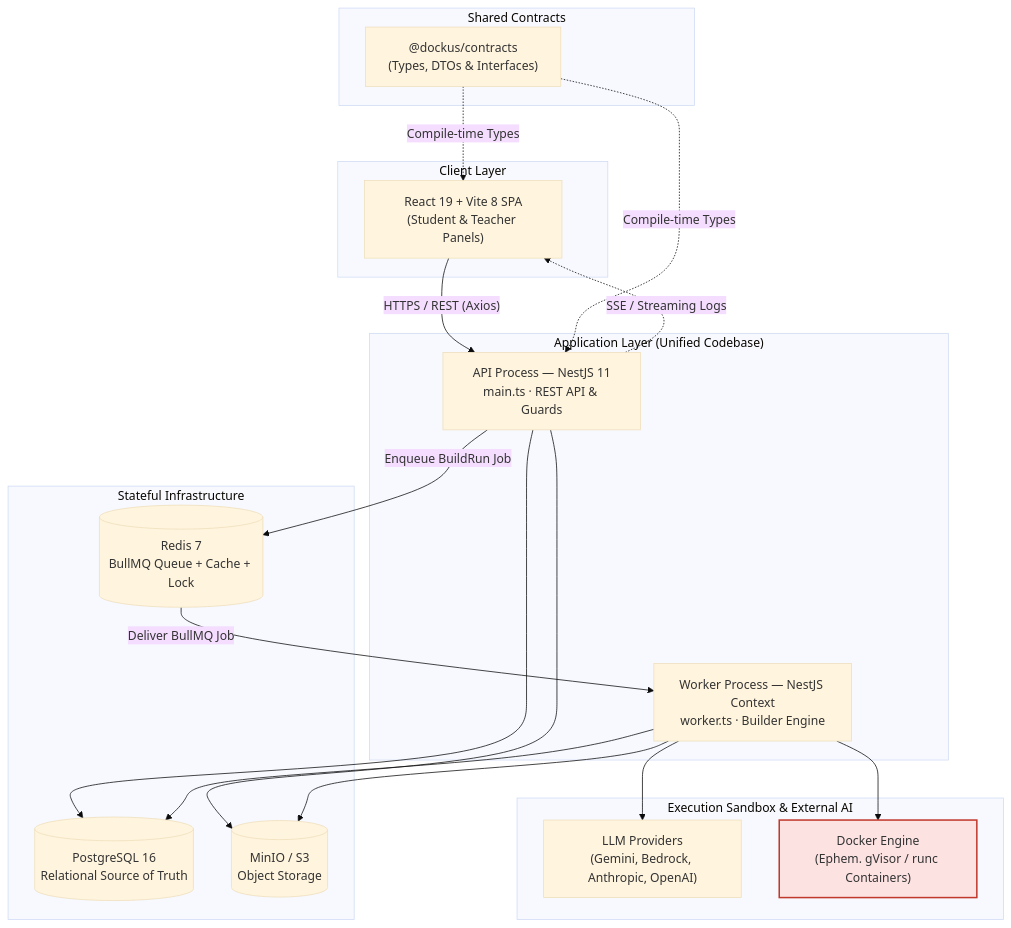
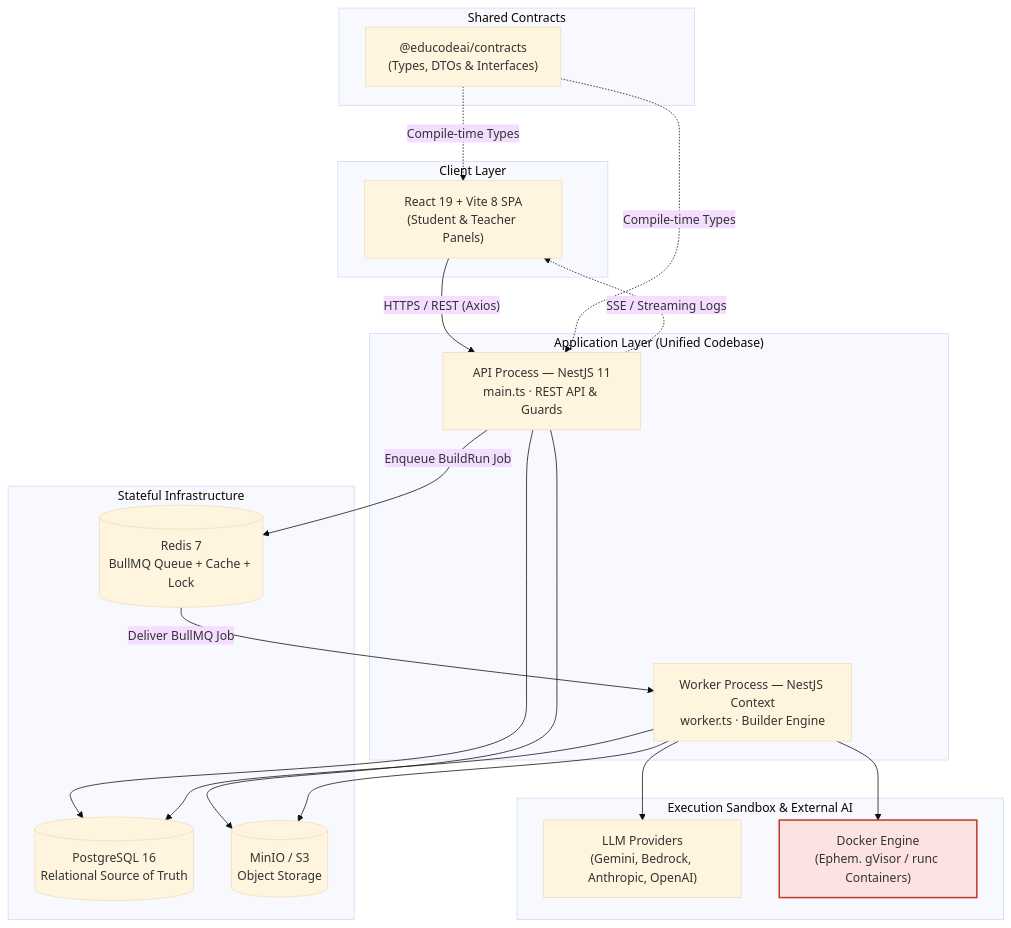
Before and after one commit to agu-aariza/DockUS: the first of 3 diagrams in ARCHITECTURE.md, drawn with Mermaid (base theme). The commit also changed other lines of this file and 6 other files, not shown here.

Commit message:
docs: update architecture and project documentation

````diff
--- a/ARCHITECTURE.md
+++ b/ARCHITECTURE.md
@@ -25,42 +25,42 @@
 ```mermaid
 flowchart TB
     subgraph Client["Client Layer"]
         SPA["React 19 + Vite 8 SPA<br/>(Student & Teacher Panels)"]
     end
 
     subgraph Contracts["Shared Contracts"]
-        CONTRACTS["@dockus/contracts<br/>(Types, DTOs & Interfaces)"]
+        CONTRACTS["@educodeai/contracts<br/>(Types, DTOs & Interfaces)"]
     end
 
     subgraph App["Application Layer (Unified Codebase)"]
         API["API Process — NestJS 11<br/>main.ts · REST API & Guards"]
         WORKER["Worker Process — NestJS Context<br/>worker.ts · Builder Engine"]
     end
 
     subgraph Infrastructure["Stateful Infrastructure"]
         PG[("PostgreSQL 16<br/>Relational Source of Truth")]
         REDIS[("Redis 7<br/>BullMQ Queue + Cache + Lock")]
         MINIO[("MinIO / S3<br/>Object Storage")]
     end
 
     subgraph Sandbox["Execution Sandbox & External AI"]
         LLM["LLM Providers<br/>(Gemini, Bedrock, Anthropic, OpenAI)"]
         DOCKER["Docker Engine<br/>(Ephem. gVisor / runc Containers)"]
     end
 
     SPA -->|"HTTPS / REST (Axios)"| API
     CONTRACTS -.->|"Compile-time Types"| SPA
     CONTRACTS -.->|"Compile-time Types"| API
     API -.->|"SSE / Streaming Logs"| SPA
     API -->|"Enqueue BuildRun Job"| REDIS
     REDIS -->|"Deliver BullMQ Job"| WORKER
     API --> PG
     API --> MINIO
     WORKER --> PG
     WORKER --> MINIO
     WORKER --> LLM
     WORKER --> DOCKER
 
     classDef untrusted fill:#fde2e2,stroke:#c0392b,stroke-width:2px
     class DOCKER untrusted
 ```
````
